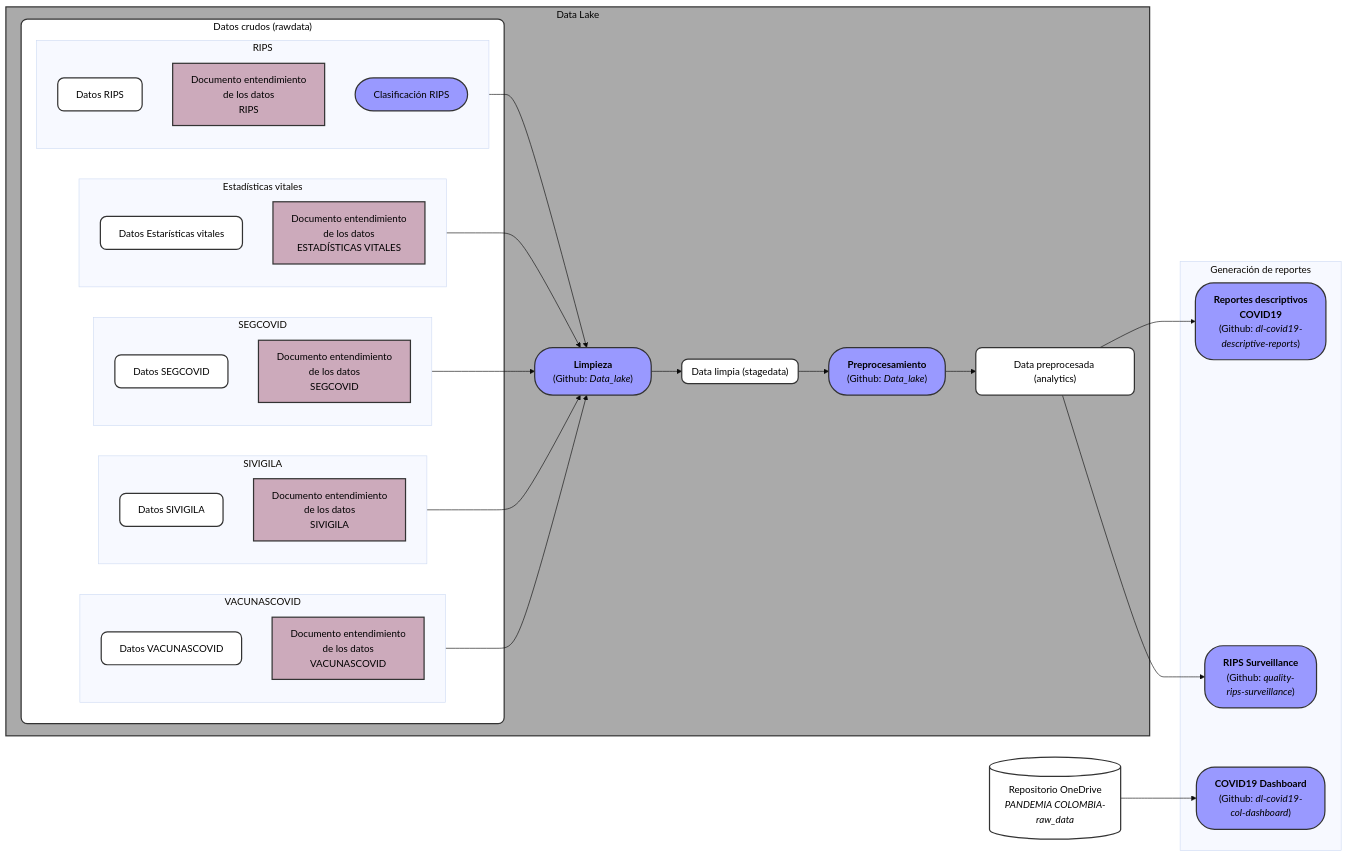
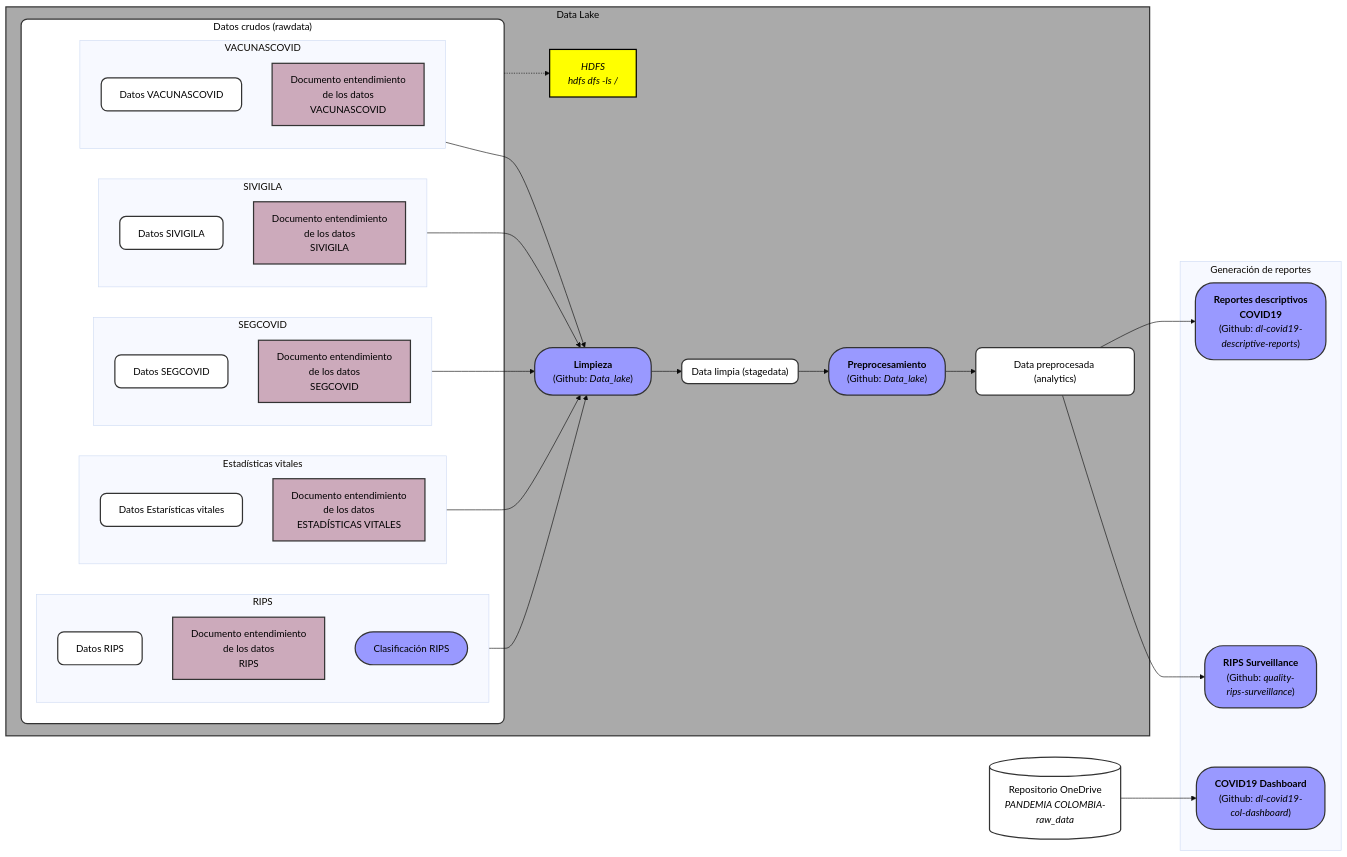
Before and after one commit to AGORA-COL/.github: the diagram in profile/DataLake/FlujoDatos.md, drawn with Mermaid (base theme). The commit also changed 1 other file, not shown here.

```diff
--- a/profile/DataLake/FlujoDatos.md
+++ b/profile/DataLake/FlujoDatos.md
@@ -42,12 +42,19 @@
             end
         end
 
+        comm1["`
+            HDFS
+            hdfs dfs -ls /
+        `"]
+
+        R -.-> comm1
 
         A --> L
         B --> L
         C --> L
         D --> L
         E --> L
+
 
         
         L["`**Limpieza**
@@ -101,6 +108,9 @@
     classDef repository fill:#aaa,stroke:#333,stroke-width:2px,stroke: 5 5,color:#000;
     classDef process2 fill:green,stroke:#333,stroke-width:2px,color:#000;
     classDef report fill:#aeb,stroke:#333,stroke-width:2px,color:#000;
+    classDef paragraph fill:white,stroke:white;
+    classDef comment fill:yellow,stroke:black,color:black,stroke-width:2px,font-style:italic
+
 
     class DOC_RIPS,DOC_EV,DOC_SEGCOVID,DOC_SIVIGILA,DOC_VACUNASCOVID doc;
     class DATA_RIPS,DATA_EV,DATA_SEGCOVID,DATA_SIVIGILA,DATA_VACUNASCOVID data;
@@ -109,7 +119,8 @@
     class CRIPS process;
     class L,P process;
     class DP,OD,AN data;
-    class RD,DB,RS process
+    class RD,DB,RS process;
+    class comm1 comment;
 
     click L "https://github.com/AGORA-COL/Data_lake"
     click P "https://github.com/AGORA-COL/Data_lake"
```
